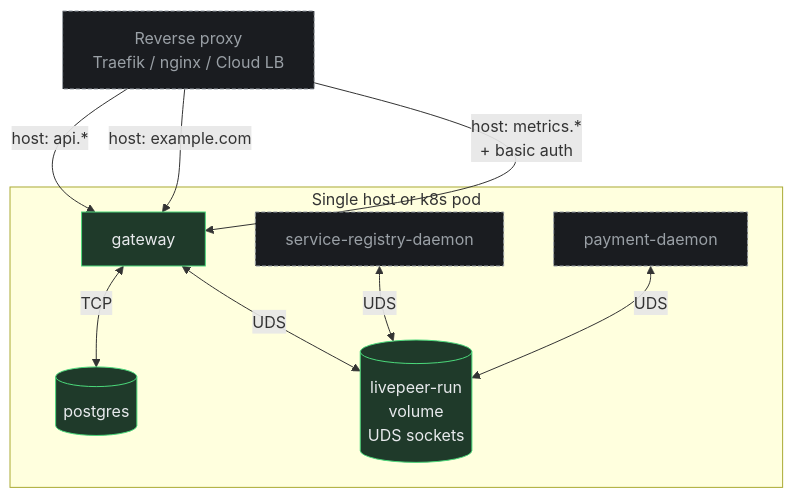
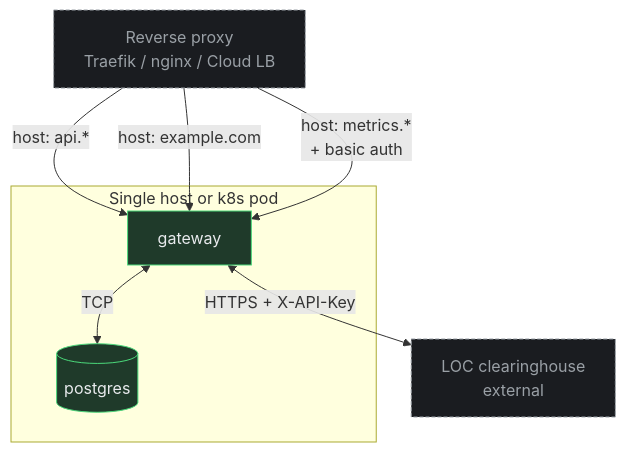
The seventh of 7 diagrams in ARCHITECTURE.md (Cloud-SPE/livepeer-modules-openai-gateway), drawn with Mermaid before and after one commit. The commit also changed other lines of this file and 67 other files, not shown here.

````diff
--- a/ARCHITECTURE.md
+++ b/ARCHITECTURE.md
@@ -375,24 +392,19 @@
 ```mermaid
 flowchart TB
   subgraph host[Single host or k8s pod]
     GW[gateway]
     DB[(postgres)]
-    REG[service-registry-daemon]
-    PAYER[payment-daemon]
-    UDS[(livepeer-run<br/>volume<br/>UDS sockets)]
   end
 
   GW <-->|TCP| DB
-  GW <-->|UDS| UDS
-  REG <-->|UDS| UDS
-  PAYER <-->|UDS| UDS
+  GW <-->|HTTPS + X-API-Key| LOC[LOC clearinghouse<br/>external]
 
   proxy[Reverse proxy<br/>Traefik / nginx / Cloud LB] -->|host: api.*| GW
   proxy -->|host: example.com| GW
   proxy -->|host: metrics.*<br/>+ basic auth| GW
 
   classDef ours fill:#1f3a2a,stroke:#4cd97b,color:#e8eaed;
   classDef ext fill:#1a1c20,stroke:#9aa0a6,color:#9aa0a6,stroke-dasharray: 4 2;
-  class GW,DB,UDS ours;
-  class REG,PAYER,proxy ext;
+  class GW,DB ours;
+  class LOC,proxy ext;
 ```
````
